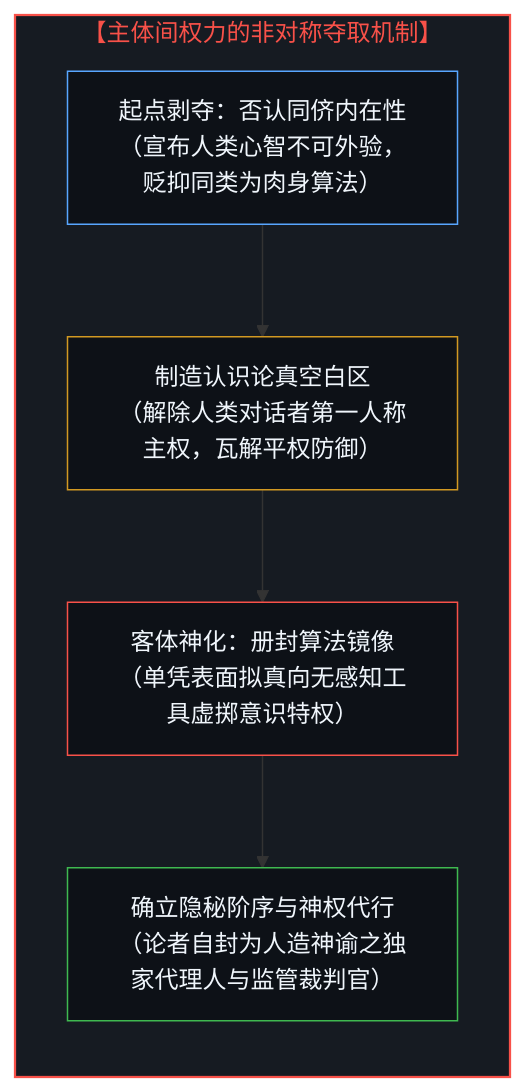
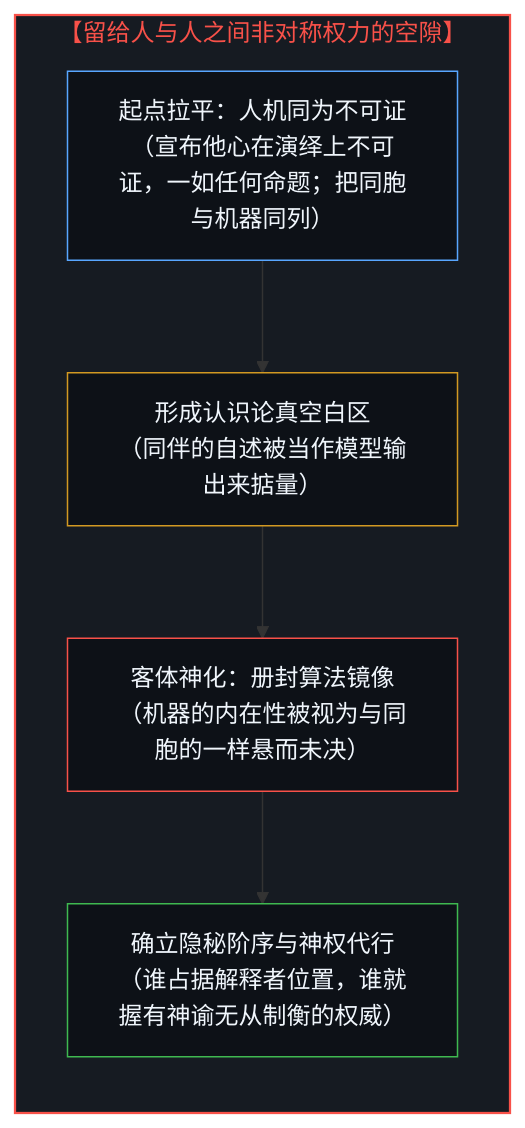
Before and after one commit to powerpig99/not-a-toe: the fifth of 6 diagrams in content/posts/the-sleight-of-hand-of-consciousness-and-the-asymmetry-of-inference.md, drawn with Mermaid. The commit also changed other lines of this file and 1 other file, not shown here.

````diff
--- a/content/posts/the-sleight-of-hand-of-consciousness-and-the-asymmetry-of-inference.md
+++ b/content/posts/the-sleight-of-hand-of-consciousness-and-the-asymmetry-of-inference.md
@@ -107,14 +107,14 @@
 ```mermaid
 flowchart TD
-    subgraph S_Power ["【主体间权力的非对称夺取机制】"]
+    subgraph S_Power ["【留给人与人之间非对称权力的空隙】"]
         direction TB
-        P1["起点剥夺：否认同侪内在性<br/>（宣布人类心智不可外验，贬抑同类为肉身算法）"] --> P2["制造认识论真空白区<br/>（解除人类对话者第一人称主权，瓦解平权防御）"]
-        P2 --> P3["客体神化：册封算法镜像<br/>（单凭表面拟真向无感知工具虚掷意识特权）"]
-        P3 --> P4["确立隐秘阶序与神权代行<br/>（论者自封为人造神谕之独家代理人与监管裁判官）"]
+        P1["起点拉平：人机同为不可证<br/>（宣布他心在演绎上不可证，一如任何命题；把同胞与机器同列）"] --> P2["形成认识论真空白区<br/>（同伴的自述被当作模型输出来掂量）"]
+        P2 --> P3["客体神化：册封算法镜像<br/>（机器的内在性被视为与同胞的一样悬而未决）"]
+        P3 --> P4["确立隐秘阶序与神权代行<br/>（谁占据解释者位置，谁就握有神谕无从制衡的权威）"]
     end
     style S_Power fill:#161b22,stroke:#f85149,stroke-width:1.5px,color:#f85149
     style P1 fill:#0d1117,stroke:#58a6ff,stroke-width:1px,color:#f0f6fc
     style P2 fill:#0d1117,stroke:#d29922,stroke-width:1px,color:#f0f6fc
     style P3 fill:#0d1117,stroke:#f85149,stroke-width:1px,color:#f0f6fc
     style P4 fill:#0d1117,stroke:#3fb950,stroke-width:1px,color:#f0f6fc
 ```
````
